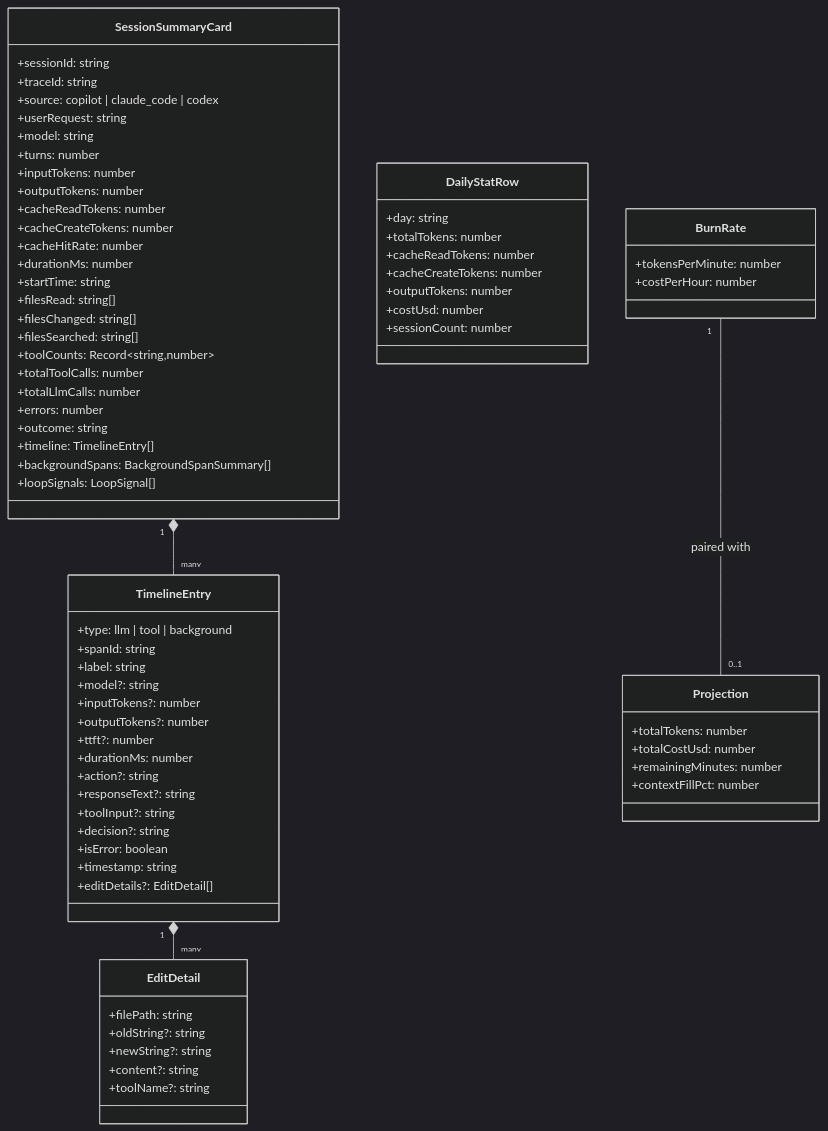
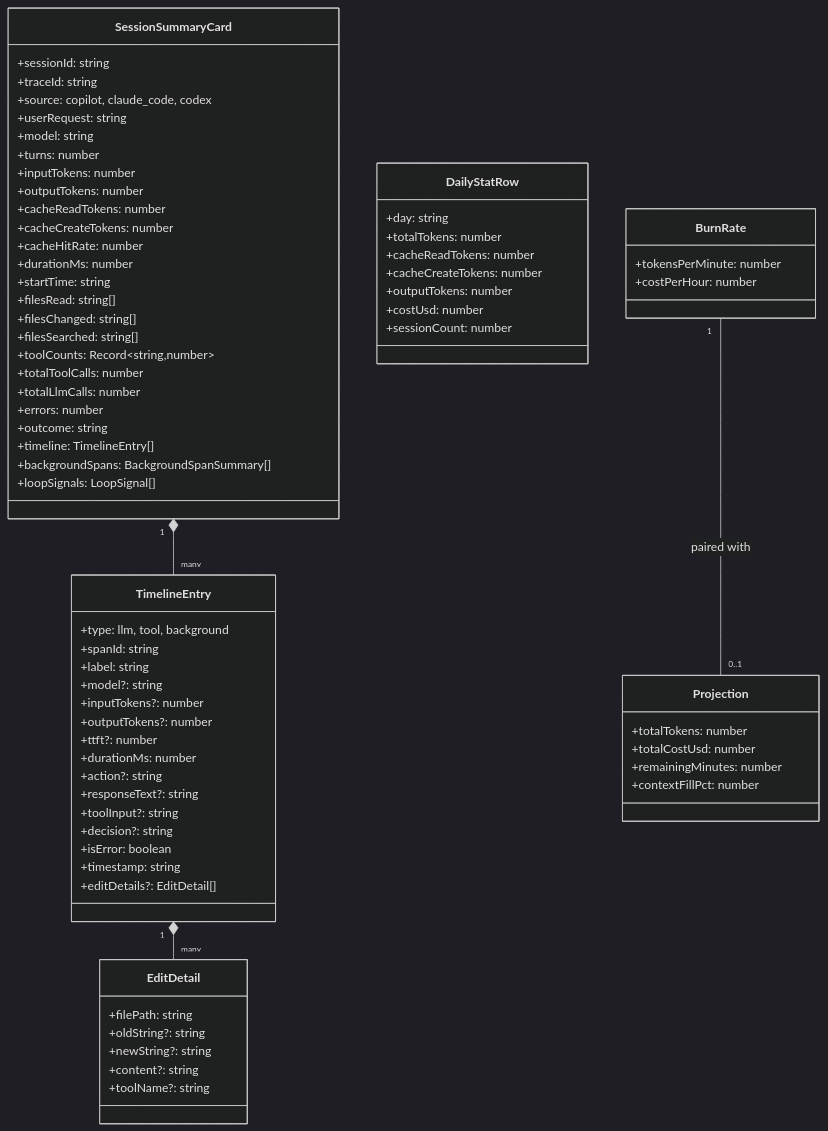
Diagram 11 of 18 in ARCHITECTURE.md (RogerReed/agentlens), drawn with Mermaid (dark theme) before and after one commit. The commit also changed other lines of this file, not shown here.

Commit message:
docs: fix Mermaid rendering issues in ARCHITECTURE.md

````diff
--- a/ARCHITECTURE.md
+++ b/ARCHITECTURE.md
@@ -434,81 +434,81 @@
 ```mermaid
 classDiagram
     class SessionSummaryCard {
         +sessionId: string
         +traceId: string
-        +source: copilot | claude_code | codex
+        +source: copilot, claude_code, codex
         +userRequest: string
         +model: string
         +turns: number
         +inputTokens: number
         +outputTokens: number
         +cacheReadTokens: number
         +cacheCreateTokens: number
         +cacheHitRate: number
         +durationMs: number
         +startTime: string
         +filesRead: string[]
         +filesChanged: string[]
         +filesSearched: string[]
         +toolCounts: Record~string,number~
         +totalToolCalls: number
         +totalLlmCalls: number
         +errors: number
         +outcome: string
         +timeline: TimelineEntry[]
         +backgroundSpans: BackgroundSpanSummary[]
         +loopSignals: LoopSignal[]
     }
 
     class TimelineEntry {
-        +type: llm | tool | background
+        +type: llm, tool, background
         +spanId: string
         +label: string
         +model?: string
         +inputTokens?: number
         +outputTokens?: number
         +ttft?: number
         +durationMs: number
         +action?: string
         +responseText?: string
         +toolInput?: string
         +decision?: string
         +isError: boolean
         +timestamp: string
         +editDetails?: EditDetail[]
     }
 
     class EditDetail {
         +filePath: string
         +oldString?: string
         +newString?: string
         +content?: string
         +toolName?: string
     }
 
     class DailyStatRow {
         +day: string
         +totalTokens: number
         +cacheReadTokens: number
         +cacheCreateTokens: number
         +outputTokens: number
         +costUsd: number
         +sessionCount: number
     }
 
     class BurnRate {
         +tokensPerMinute: number
         +costPerHour: number
     }
 
     class Projection {
         +totalTokens: number
         +totalCostUsd: number
         +remainingMinutes: number
         +contextFillPct: number
     }
 
     SessionSummaryCard "1" *-- "many" TimelineEntry
     TimelineEntry "1" *-- "many" EditDetail
     BurnRate "1" -- "0..1" Projection : paired with
 ```
````
